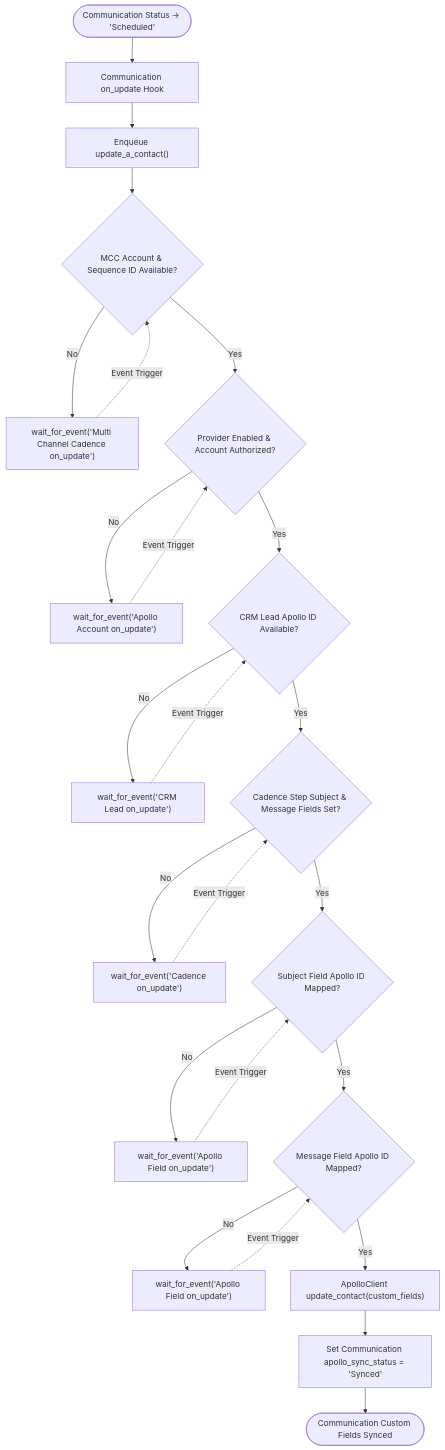
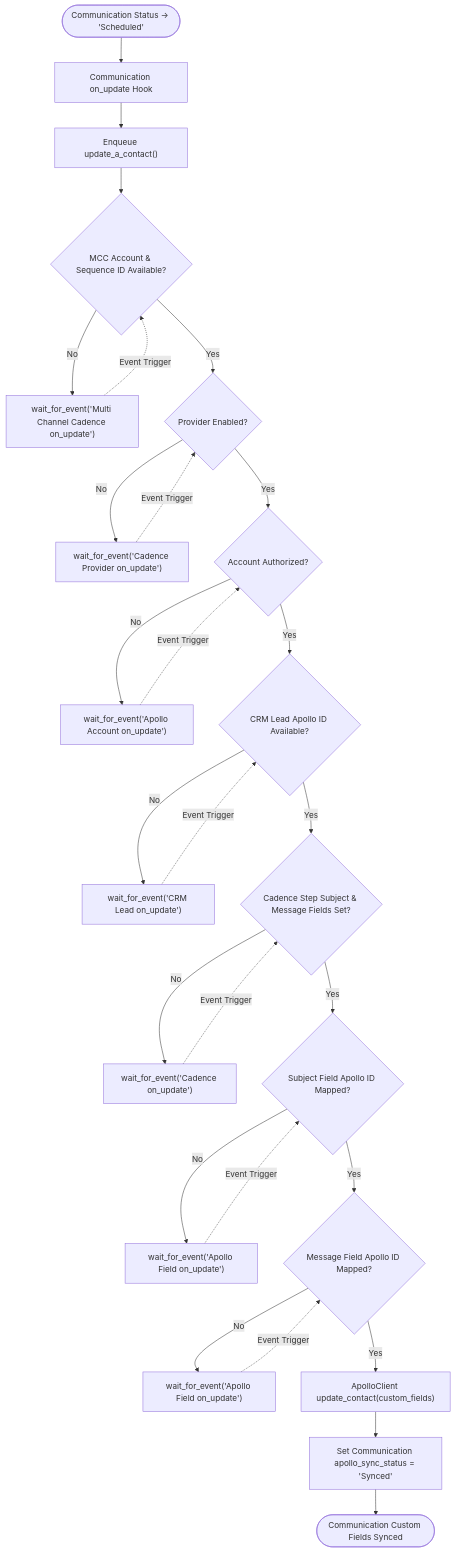
The diagram in docs/architecture/bpmn/05-communication-sync.md (aurumorcom/frappe-apollo), drawn with Mermaid before and after one commit. The commit also changed 1 other file, not shown here.

Commit message:
docs: split provider enabled check from account auth
Separate the provider enabled validation from account authorization
checks in both communication sync and cadence provisioning workflows.
This allows the system to wait for provider enablement independently
before checking account authorization status.

Also update wait_for_event syntax to use consistent formatting and
clarify the doc.save() call in the sequence provisioning flow.

````diff
--- a/docs/architecture/bpmn/05-communication-sync.md
+++ b/docs/architecture/bpmn/05-communication-sync.md
@@ -10,26 +10,29 @@
 ```mermaid
 flowchart TD
     CommScheduled(["Communication Status -> 'Scheduled'"]) --> OnUpdateComm["Communication on_update Hook"]
     OnUpdateComm --> EnqueueCommSync["Enqueue update_a_contact()"]
     EnqueueCommSync --> CheckCommMCC{"MCC Account & Sequence ID Available?"}
     CheckCommMCC -- No --> WaitCommMCC["wait_for_event('Multi Channel Cadence on_update')"]
     WaitCommMCC -. Event Trigger .-> CheckCommMCC
-    CheckCommMCC -- Yes --> CheckCommAccountAuth{"Provider Enabled & Account Authorized?"}
+    CheckCommMCC -- Yes --> CheckCommProviderEnabled{"Provider Enabled?"}
+    CheckCommProviderEnabled -- No --> WaitCommProvider["wait_for_event('Cadence Provider on_update')"]
+    WaitCommProvider -. Event Trigger .-> CheckCommProviderEnabled
+    CheckCommProviderEnabled -- Yes --> CheckCommAccountAuth{"Account Authorized?"}
     CheckCommAccountAuth -- No --> WaitCommAuth["wait_for_event('Apollo Account on_update')"]
     WaitCommAuth -. Event Trigger .-> CheckCommAccountAuth
     CheckCommAccountAuth -- Yes --> CheckCommLeadID{"CRM Lead Apollo ID Available?"}
     CheckCommLeadID -- No --> WaitCommLead["wait_for_event('CRM Lead on_update')"]
     WaitCommLead -. Event Trigger .-> CheckCommLeadID
     CheckCommLeadID -- Yes --> CheckStepFields{"Cadence Step Subject & Message Fields Set?"}
     CheckStepFields -- No --> WaitStepFields["wait_for_event('Cadence on_update')"]
     WaitStepFields -. Event Trigger .-> CheckStepFields
     CheckStepFields -- Yes --> CheckSubjectFieldID{"Subject Field Apollo ID Mapped?"}
     CheckSubjectFieldID -- No --> WaitSubjectField["wait_for_event('Apollo Field on_update')"]
     WaitSubjectField -. Event Trigger .-> CheckSubjectFieldID
     CheckSubjectFieldID -- Yes --> CheckMessageFieldID{"Message Field Apollo ID Mapped?"}
     CheckMessageFieldID -- No --> WaitMessageField["wait_for_event('Apollo Field on_update')"]
     WaitMessageField -. Event Trigger .-> CheckMessageFieldID
     CheckMessageFieldID -- Yes --> PatchContactAPI["ApolloClient update_contact(custom_fields)"]
     PatchContactAPI --> MarkSynced["Set Communication apollo_sync_status = 'Synced'"]
     MarkSynced --> EndCommSync(["Communication Custom Fields Synced"])
 ```
````
